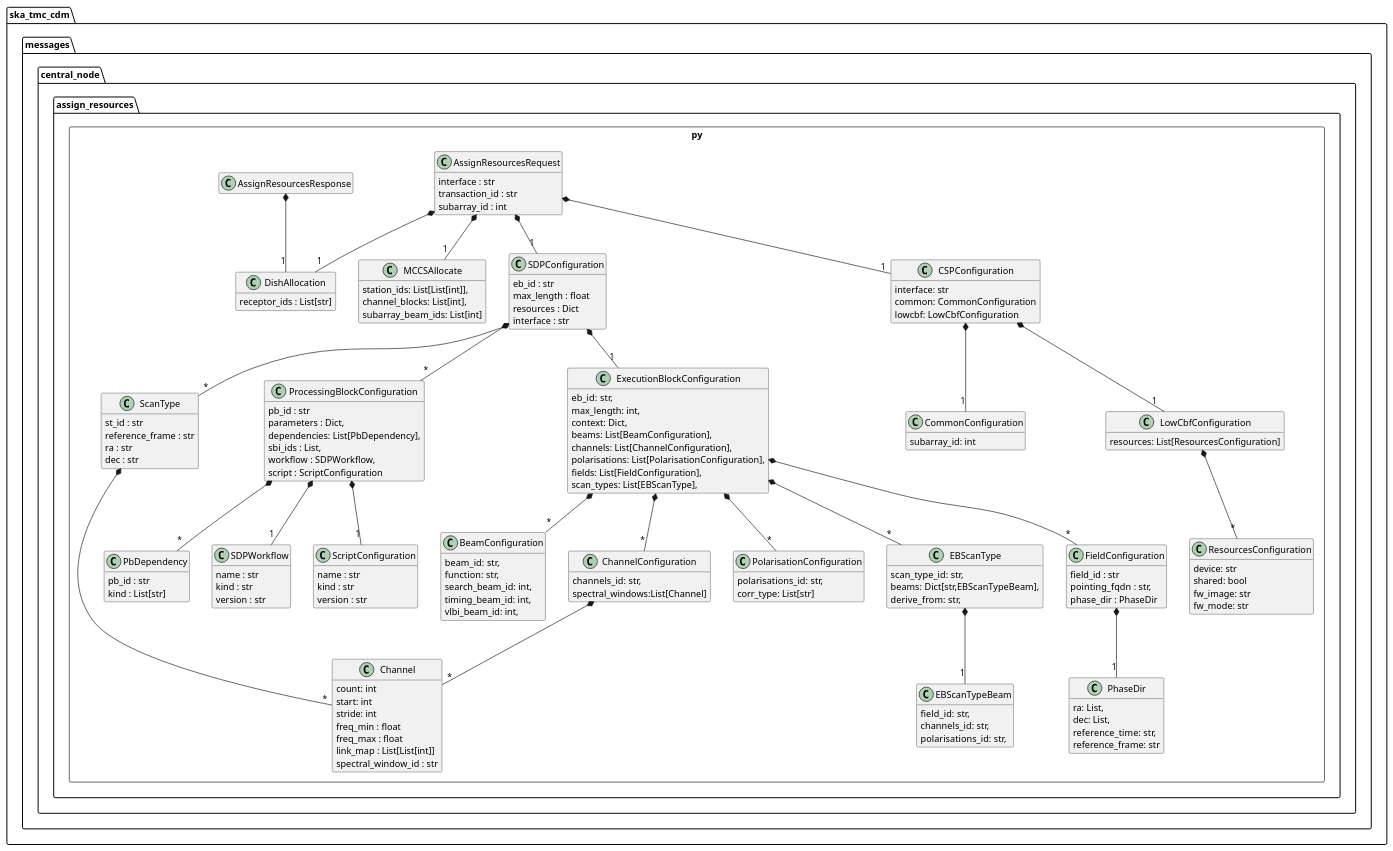
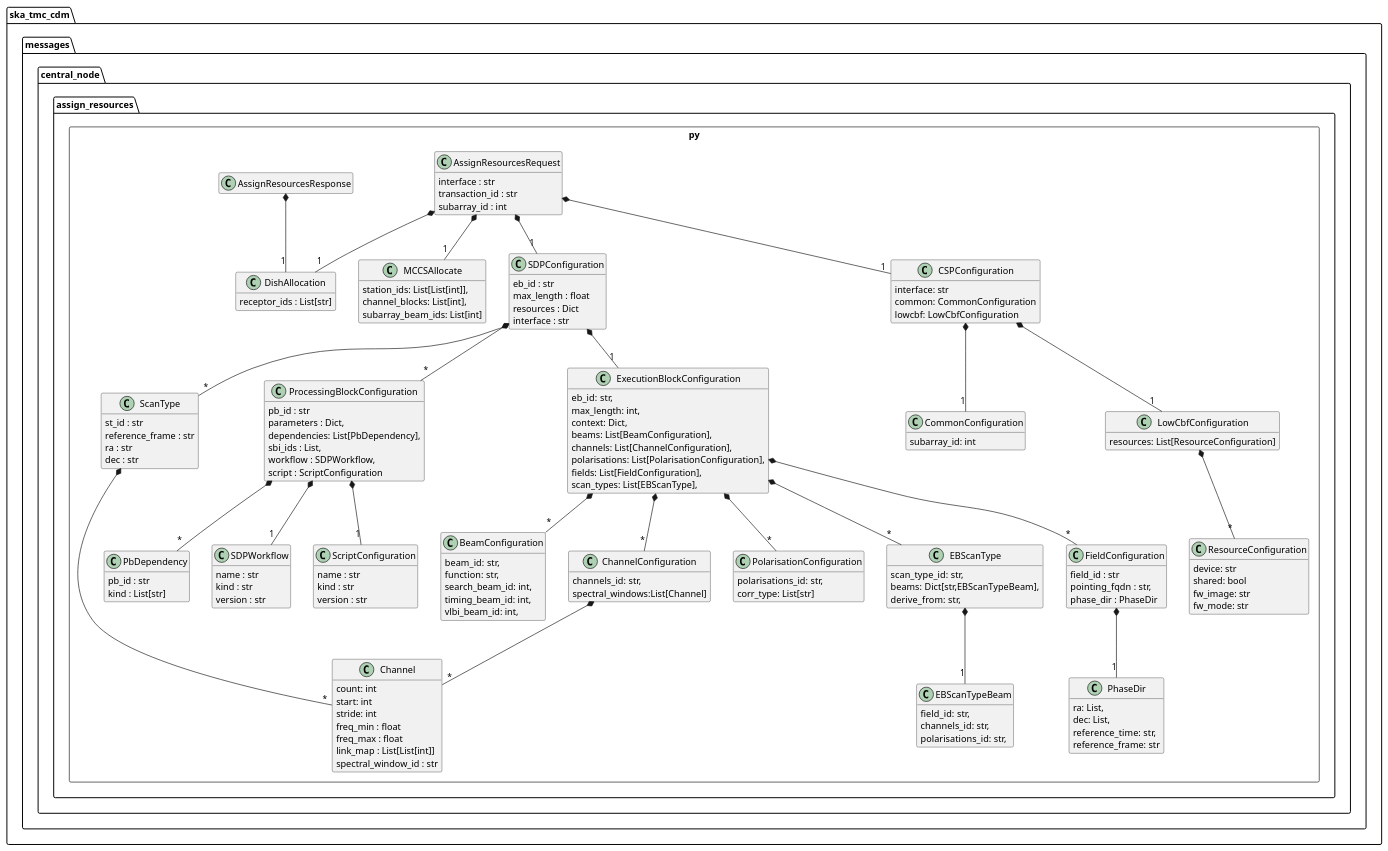
The diagram in docs/src/developer/centralnode/assignresources.puml (ska-telescope/cdm-shared-library), drawn with PlantUML before and after one commit. The commit also changed 2 other files, not shown here.

```diff
--- a/docs/src/developer/centralnode/assignresources.puml
+++ b/docs/src/developer/centralnode/assignresources.puml
@@ -1,173 +1,173 @@
 @startuml
 hide empty members
 
 package ska_tmc_cdm.messages.central_node {
     package assign_resources.py <<Rectangle>> {
         class DishAllocation {
             receptor_ids : List[str]
         }
 
         class MCCSAllocate {
             station_ids: List[List[int]],
             channel_blocks: List[int],
             subarray_beam_ids: List[int]
         }
 
         class Channel {
             count: int
             start: int
             stride: int
             freq_min : float
             freq_max : float
             link_map : List[List[int]]
             spectral_window_id : str
         }
 
         class ScanType {
             st_id : str
             reference_frame : str
             ra : str
             dec : str
         }
         ScanType *-- "*" Channel
 
         class PbDependency {
             pb_id : str
             kind : List[str]
         }
 
 
         class PhaseDir {
             ra: List,
             dec: List, 
             reference_time: str, 
             reference_frame: str
         }
         class BeamConfiguration {
             beam_id: str,
             function: str,
             search_beam_id: int,
             timing_beam_id: int,
             vlbi_beam_id: int,
         }
         class ChannelConfiguration {
             channels_id: str,
             spectral_windows:List[Channel] 
         }
         ChannelConfiguration  *-- "*" Channel
 
         class PolarisationConfiguration {
             polarisations_id: str,
             corr_type: List[str]  
         }
         class EBScanTypeBeam {
             field_id: str,
             channels_id: str,
             polarisations_id: str, 
         }
         class EBScanType {
             scan_type_id: str,
             beams: Dict[str,EBScanTypeBeam],
             derive_from: str, 
         }
         EBScanType  *-- "1" EBScanTypeBeam
 
         class FieldConfiguration {
             field_id : str
             pointing_fqdn : str,
             phase_dir : PhaseDir
         }
 
         FieldConfiguration  *-- "1" PhaseDir
 
         class SDPWorkflow {
             name : str
             kind : str
             version : str
         }
         
         class ScriptConfiguration {
             name : str
             kind : str
             version : str
         }
 
         class ProcessingBlockConfiguration {
             pb_id : str
             parameters : Dict,
             dependencies: List[PbDependency],
             sbi_ids : List,
             workflow : SDPWorkflow,
             script : ScriptConfiguration
         }
         ProcessingBlockConfiguration  *-- "1" SDPWorkflow
         ProcessingBlockConfiguration  *-- "*" PbDependency
         ProcessingBlockConfiguration  *-- "1" ScriptConfiguration
 
         class ExecutionBlockConfiguration {
             eb_id: str,
             max_length: int,
             context: Dict,
             beams: List[BeamConfiguration],
             channels: List[ChannelConfiguration],
             polarisations: List[PolarisationConfiguration],
             fields: List[FieldConfiguration],
             scan_types: List[EBScanType],
         }
 
         ExecutionBlockConfiguration  *-- "*" BeamConfiguration
         ExecutionBlockConfiguration  *-- "*" ChannelConfiguration
         ExecutionBlockConfiguration  *-- "*" PolarisationConfiguration
         ExecutionBlockConfiguration  *-- "*" FieldConfiguration
         ExecutionBlockConfiguration  *-- "*" EBScanType
 
 
         class SDPConfiguration {
             eb_id : str
             max_length : float
             resources : Dict
             interface : str
         }
         SDPConfiguration *-- "*" ScanType
         SDPConfiguration *-- "*" ProcessingBlockConfiguration
         SDPConfiguration *-- "1" ExecutionBlockConfiguration
 
         class CSPConfiguration {
             interface: str
             common: CommonConfiguration
             lowcbf: LowCbfConfiguration
         }
         
         CSPConfiguration *-- "1" CommonConfiguration
         CSPConfiguration *-- "1" LowCbfConfiguration
 
         class CommonConfiguration {
 subarray_id: int
 }
 
 class LowCbfConfiguration {
-resources: List[ResourcesConfiguration]
+resources: List[ResourceConfiguration]
 }
-LowCbfConfiguration *-- "*" ResourcesConfiguration 
-class ResourcesConfiguration {
+LowCbfConfiguration *-- "*" ResourceConfiguration 
+class ResourceConfiguration {
 device: str
 shared: bool
 fw_image: str
 fw_mode: str
 }
         class AssignResourcesRequest {
             interface : str
             transaction_id : str
             subarray_id : int
         }
 
         AssignResourcesRequest *-- "1" DishAllocation
         AssignResourcesRequest *-- "1" MCCSAllocate
         AssignResourcesRequest *-- "1" SDPConfiguration
         AssignResourcesRequest *-- "1" CSPConfiguration
 
         class AssignResourcesResponse
         AssignResourcesResponse *-- "1" DishAllocation
 	}
 }
 @enduml
```
